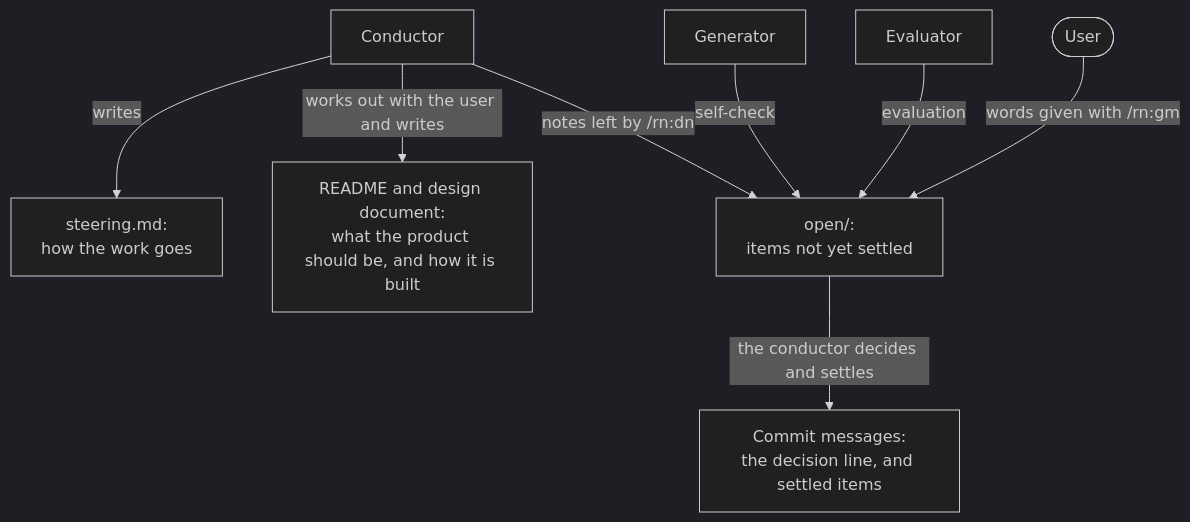
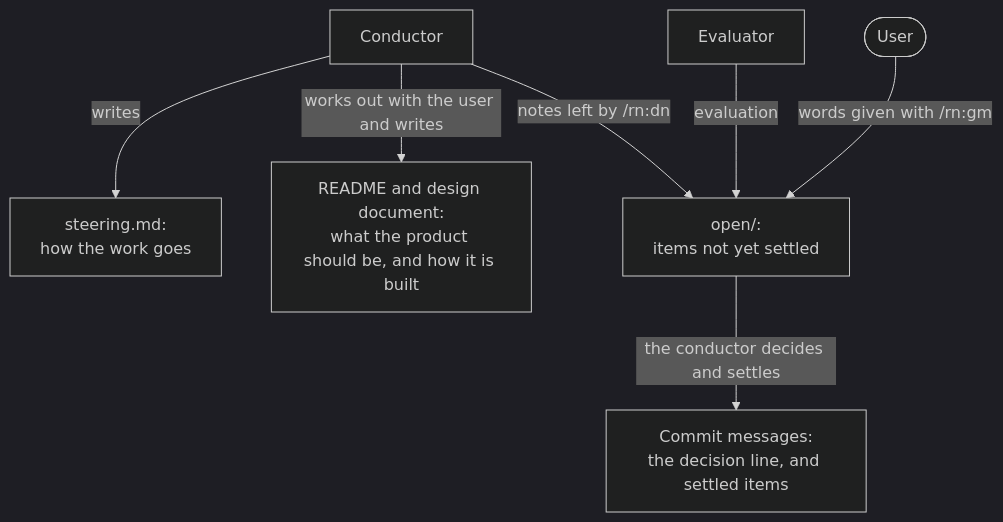
The fifth of 5 diagrams in rn/docs/design.md (lovaizu/ccpm), drawn with Mermaid (dark theme) before and after one commit. The commit also changed other lines of this file, not shown here.

Commit message:
docs(rn): a More says what the user struggles with, the fix is the conductor's; only whoever checks answers with Good and More, so the generator's self-check and the check kind go

````diff
--- a/rn/docs/design.md
+++ b/rn/docs/design.md
@@ -221,18 +225,16 @@
 ```mermaid
 flowchart TD
     U(["User"])
     C["Conductor"]
-    G["Generator"]
     E["Evaluator"]
     S["steering.md:<br/>how the work goes"]
     RD["README and design document:<br/>what the product should be, and how it is built"]
     O["open/:<br/>items not yet settled"]
     M["Commit messages:<br/>the decision line, and settled items"]
     C -->|"writes"| S
     C -->|"works out with the user and writes"| RD
-    G -->|"self-check"| O
     E -->|"evaluation"| O
     U -->|"words given with /rn:gm"| O
     C -->|"notes left by /rn:dn"| O
     O -->|"the conductor decides and settles"| M
 ```
````
